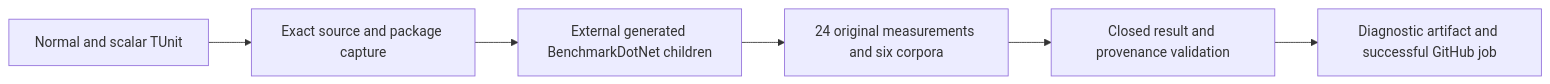
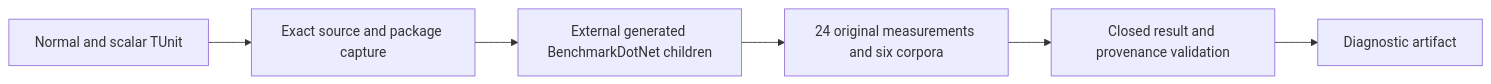
One commit to managedcode/KeyLoad changed the diagram in docs/Features/BenchmarkComparisons/NativeSerialization.md. Above: the diagram before and after it, drawn with Mermaid. The commit also changed other lines of this file and 7356 other files, not shown here.

````diff
--- a/docs/Features/BenchmarkComparisons/NativeSerialization.md
+++ b/docs/Features/BenchmarkComparisons/NativeSerialization.md
@@ -9,8 +9,8 @@
 ```mermaid
 flowchart LR
     T[Normal and scalar TUnit] --> S[Exact source and package capture]
     S --> B[External generated BenchmarkDotNet children]
     B --> R[24 original measurements and six corpora]
     R --> V[Closed result and provenance validation]
-    V --> A[Diagnostic artifact and successful GitHub job]
+    V --> A[Diagnostic artifact]
 ```
````
